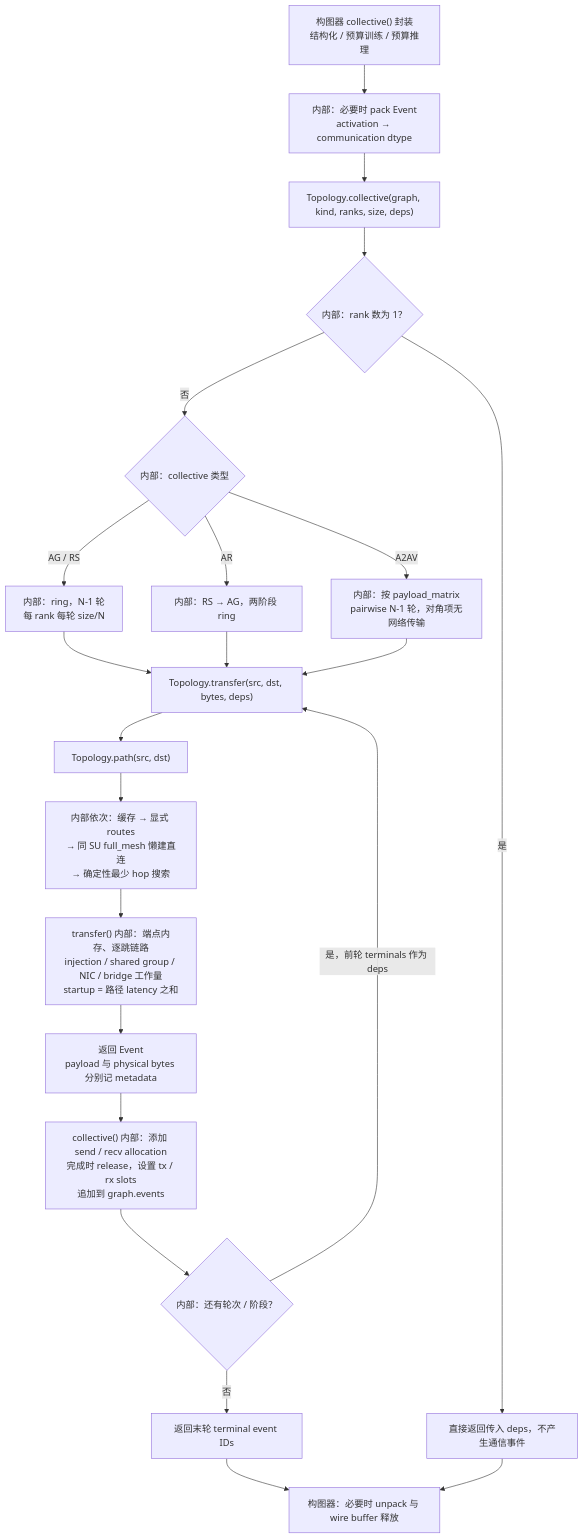
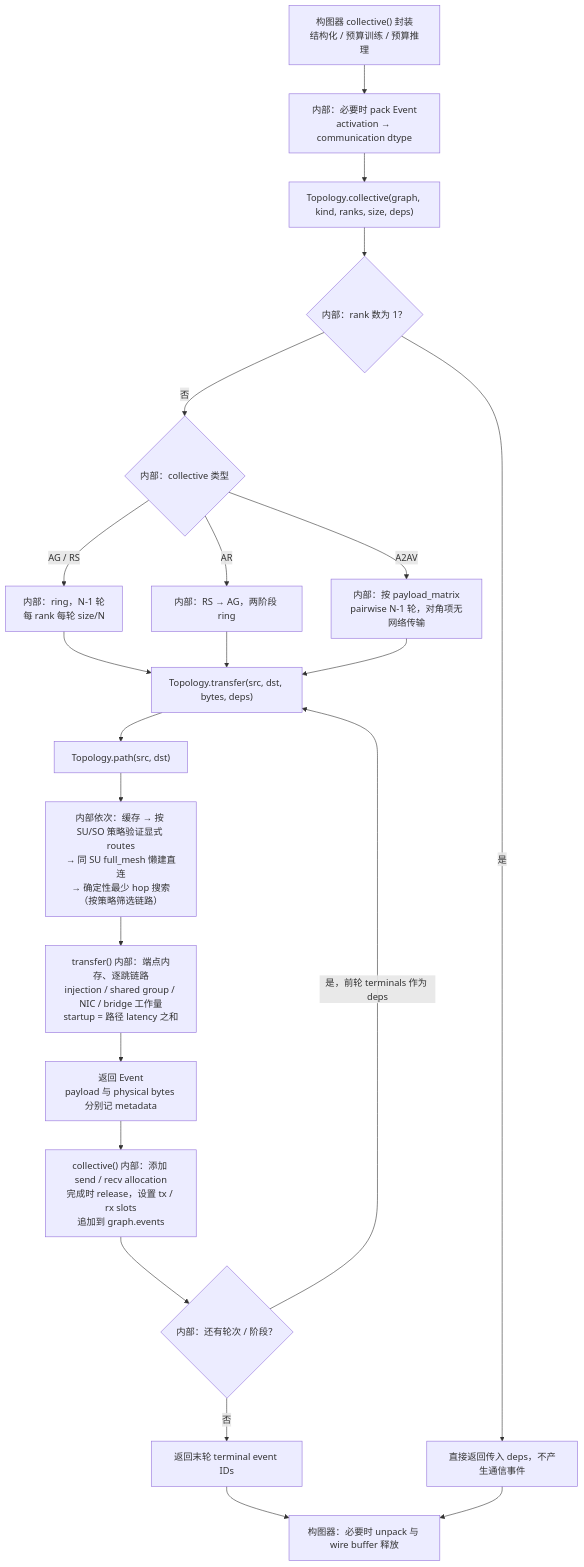
One commit to GuangyuZhu04/supernode_simulation changed the diagram in docs/diagrams/07-collective-topology.mmd. Above: the diagram before and after it, drawn with Mermaid. The commit also changed 16 other files, not shown here.

```diff
--- a/docs/diagrams/07-collective-topology.mmd
+++ b/docs/diagrams/07-collective-topology.mmd
@@ -1,22 +1,22 @@
 flowchart TD
     ENTRY["构图器 collective() 封装<br/>结构化 / 预算训练 / 预算推理"] --> CAST["内部：必要时 pack Event<br/>activation → communication dtype"]
     CAST --> TC["Topology.collective(graph, kind, ranks, size, deps)"]
     TC --> SINGLE{"内部：rank 数为 1？"}
     SINGLE -->|是| IDENTITY["直接返回传入 deps，不产生通信事件"]
     SINGLE -->|否| KIND{"内部：collective 类型"}
     KIND -->|AG / RS| RING["内部：ring，N-1 轮<br/>每 rank 每轮 size/N"]
     KIND -->|AR| AR["内部：RS → AG，两阶段 ring"]
     KIND -->|A2AV| A2A["内部：按 payload_matrix<br/>pairwise N-1 轮，对角项无网络传输"]
     RING --> TRANS["Topology.transfer(src, dst, bytes, deps)"]
     AR --> TRANS
     A2A --> TRANS
     TRANS --> PATH["Topology.path(src, dst)"]
-    PATH --> ROUTE["内部依次：缓存 → 显式 routes<br/>→ 同 SU full_mesh 懒建直连<br/>→ 确定性最少 hop 搜索"]
+    PATH --> ROUTE["内部依次：缓存 → 按 SU/SO 策略验证显式 routes<br/>→ 同 SU full_mesh 懒建直连<br/>→ 确定性最少 hop 搜索（按策略筛选链路）"]
     ROUTE --> WORK["transfer() 内部：端点内存、逐跳链路<br/>injection / shared group / NIC / bridge 工作量<br/>startup = 路径 latency 之和"]
     WORK --> EVENT["返回 Event<br/>payload 与 physical bytes 分别记 metadata"]
     EVENT --> BUFS["collective() 内部：添加 send / recv allocation<br/>完成时 release，设置 tx / rx slots<br/>追加到 graph.events"]
     BUFS --> NEXT{"内部：还有轮次 / 阶段？"}
     NEXT -->|是，前轮 terminals 作为 deps| TRANS
     NEXT -->|否| TERMINALS["返回末轮 terminal event IDs"]
     TERMINALS --> UNPACK["构图器：必要时 unpack 与 wire buffer 释放"]
     IDENTITY --> UNPACK
```
